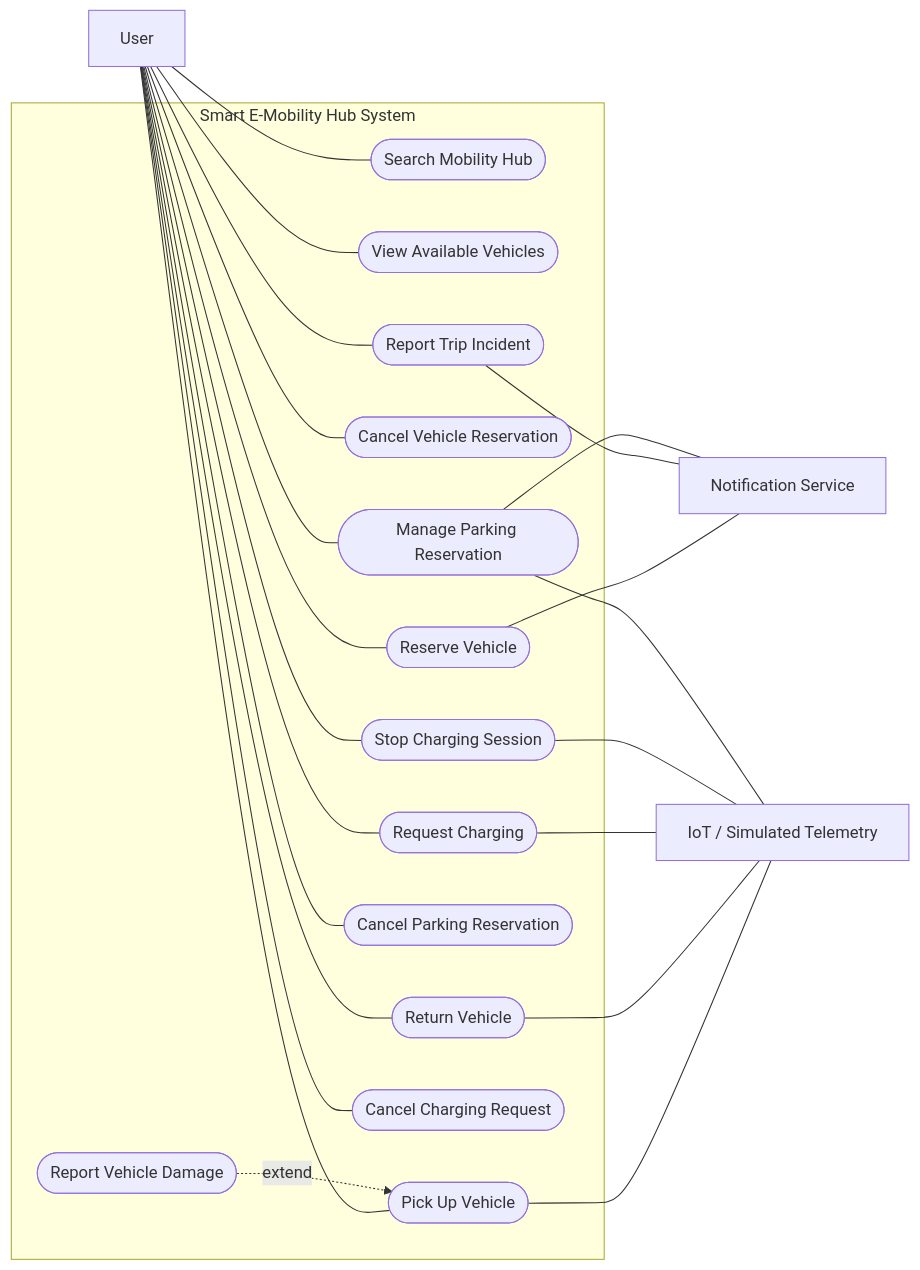
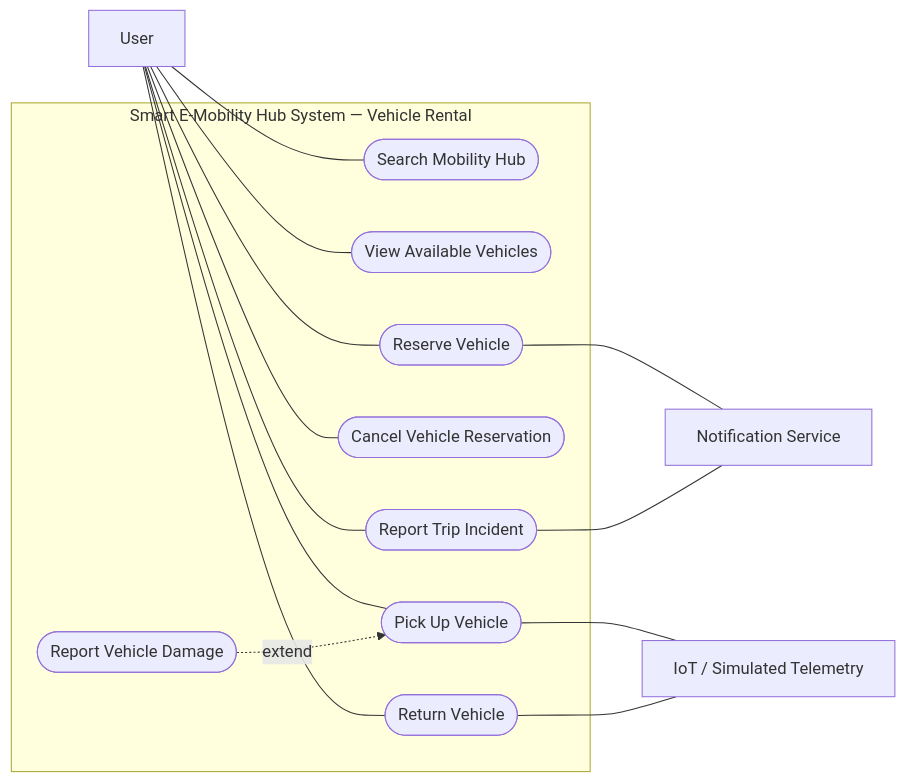
One commit to YdtTran/software-engineerning changed the fourth of 14 diagrams in docs/diagrams/01_Usecase_Diagram/README.md. Above: the diagram before and after it, drawn with Mermaid. The commit also changed other lines of this file and 72 other files, not shown here.

Commit message:
docs: publish updated Draw.io workflow and overview diagrams

````diff
--- a/docs/diagrams/01_Usecase_Diagram/README.md
+++ b/docs/diagrams/01_Usecase_Diagram/README.md
@@ -88,42 +221,28 @@
 ```mermaid
 flowchart LR
 actor_user["User"]
 actor_telemetry["IoT / Simulated Telemetry"]
 actor_notification["Notification Service"]
-subgraph System["Smart E-Mobility Hub System"]
-uc_UC01(["Search Mobility Hub"])
-uc_UC02(["View Available Vehicles"])
-uc_UC03(["Reserve Vehicle"])
-uc_UC03_uc_cancel(["Cancel Vehicle Reservation"])
-uc_UC04(["Pick Up Vehicle"])
-uc_UC04_uc_ext(["Report Vehicle Damage"])
-uc_UC05(["Return Vehicle"])
-uc_UC11A(["Report Trip Incident"])
-uc_UC06(["Manage Parking Reservation"])
-uc_UC06_uc_cancel(["Cancel Parking Reservation"])
-uc_UC07(["Request Charging"])
-uc_UC07_uc_cancel(["Cancel Charging Request"])
-uc_UC07A(["Stop Charging Session"])
+subgraph System["Smart E-Mobility Hub System — Vehicle Rental"]
+  uc_UC01(["Search Mobility Hub"])
+  uc_UC02(["View Available Vehicles"])
+  uc_UC03(["Reserve Vehicle"])
+  uc_UC03_uc_cancel(["Cancel Vehicle Reservation"])
+  uc_UC04_uc_ext(["Report Vehicle Damage"])
+  uc_UC04(["Pick Up Vehicle"])
+  uc_UC11A(["Report Trip Incident"])
+  uc_UC05(["Return Vehicle"])
 end
 actor_user --- uc_UC01
 actor_user --- uc_UC02
 actor_user --- uc_UC03
 actor_user --- uc_UC03_uc_cancel
 actor_user --- uc_UC04
 uc_UC04_uc_ext -. "extend" .-> uc_UC04
 actor_user --- uc_UC05
 actor_user --- uc_UC11A
-actor_user --- uc_UC06
-actor_user --- uc_UC06_uc_cancel
-actor_user --- uc_UC07
-actor_user --- uc_UC07_uc_cancel
-actor_user --- uc_UC07A
 uc_UC04 --- actor_telemetry
 uc_UC05 --- actor_telemetry
-uc_UC07 --- actor_telemetry
-uc_UC07A --- actor_telemetry
 uc_UC03 --- actor_notification
 uc_UC11A --- actor_notification
-uc_UC06 --- actor_telemetry
-uc_UC06 --- actor_notification
 ```
````
